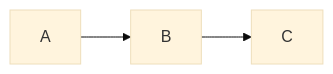
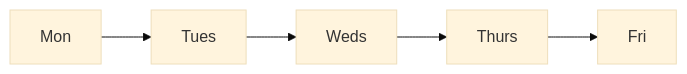
One commit to wa6pzb/JS8-Undirected-NETs changed the diagram in 5daynet.md. Above: the diagram before and after it, drawn with Mermaid (base theme).

````diff
--- a/5daynet.md
+++ b/5daynet.md
@@ -9,4 +9,4 @@
 ```mermaid
 flowchart LR
-  A --> B --> C
+  Mon --> Tues --> Weds --> Thurs --> Fri
 ``` 
````
